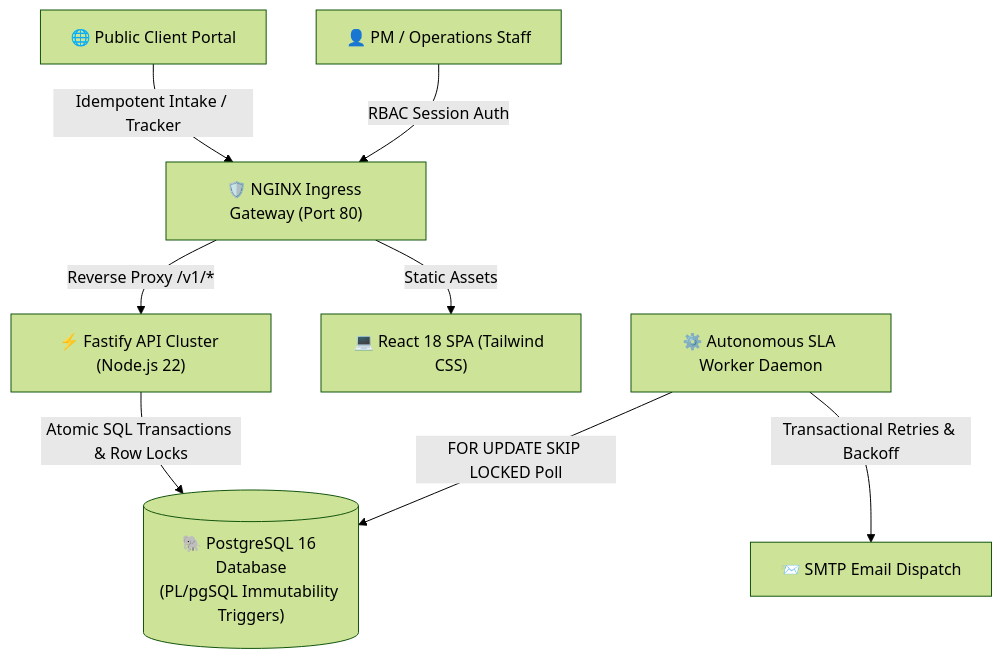
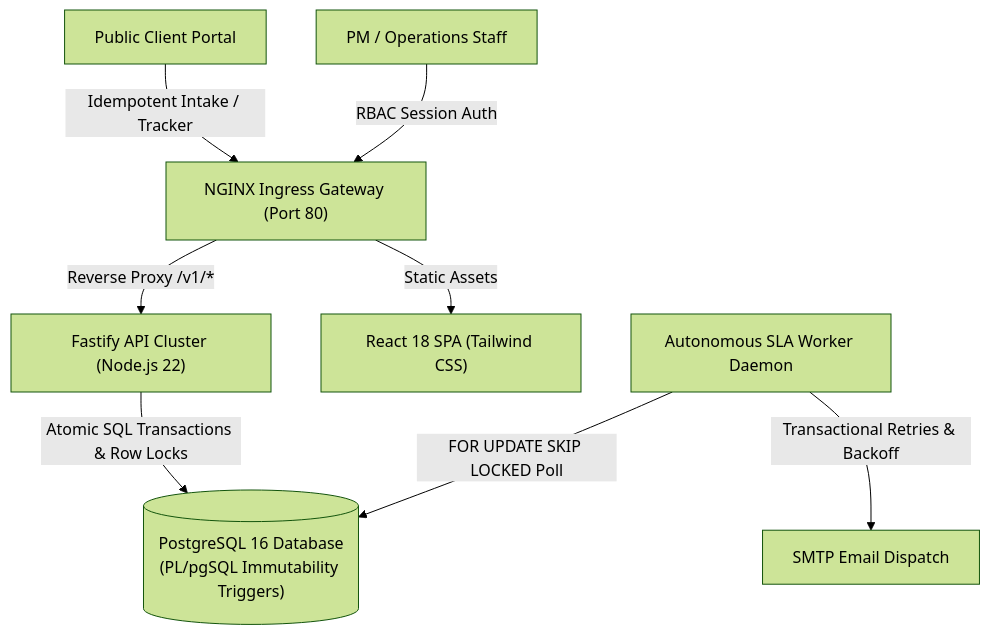
The first of 2 diagrams in README.md (sudhir-kumar77/Ticket-Escalation-System), drawn with Mermaid (forest theme) before and after one commit. The commit also changed other lines of this file, not shown here.

````diff
--- a/README.md
+++ b/README.md
@@ -36,13 +36,13 @@
 ```mermaid
 graph TD
-    Client["🌐 Public Client Portal"] -->|Idempotent Intake / Tracker| Nginx["🛡️ NGINX Ingress Gateway (Port 80)"]
-    Staff["👤 PM / Operations Staff"] -->|RBAC Session Auth| Nginx
+    Client["Public Client Portal"] -->|Idempotent Intake / Tracker| Nginx["NGINX Ingress Gateway (Port 80)"]
+    Staff["PM / Operations Staff"] -->|RBAC Session Auth| Nginx
     
-    Nginx -->|Reverse Proxy /v1/*| Fastify["⚡ Fastify API Cluster (Node.js 22)"]
-    Nginx -->|Static Assets| ReactSPA["💻 React 18 SPA (Tailwind CSS)"]
+    Nginx -->|Reverse Proxy /v1/*| Fastify["Fastify API Cluster (Node.js 22)"]
+    Nginx -->|Static Assets| ReactSPA["React 18 SPA (Tailwind CSS)"]
     
-    Fastify -->|Atomic SQL Transactions & Row Locks| Postgres[("🐘 PostgreSQL 16 Database\n(PL/pgSQL Immutability Triggers)")]
+    Fastify -->|Atomic SQL Transactions & Row Locks| Postgres[("PostgreSQL 16 Database\n(PL/pgSQL Immutability Triggers)")]
     
-    Worker["⚙️ Autonomous SLA Worker Daemon"] -->|FOR UPDATE SKIP LOCKED Poll| Postgres
-    Worker -->|Transactional Retries & Backoff| MailServer["📨 SMTP Email Dispatch"]
+    Worker["Autonomous SLA Worker Daemon"] -->|FOR UPDATE SKIP LOCKED Poll| Postgres
+    Worker -->|Transactional Retries & Backoff| MailServer["SMTP Email Dispatch"]
 ```
````
